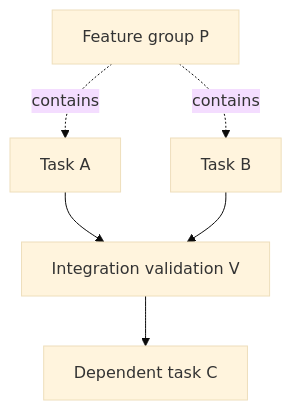
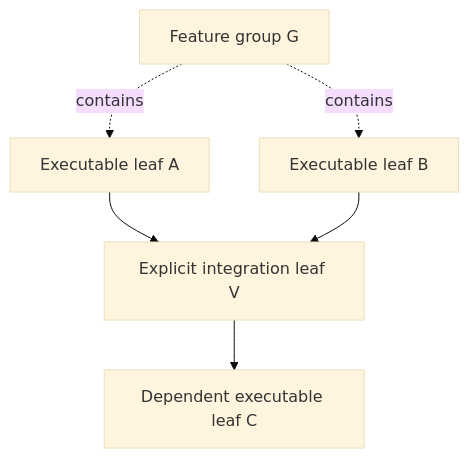
One commit to ygtdmr/rolvya changed the diagram in docs/architecture/parent-task-aggregation.md. Above: the diagram before and after it, drawn with Mermaid (base theme). The commit also changed other lines of this file, not shown here.

Commit message:
docs(architecture): implement approved group roll-up and bounded worker policy in specifications

````diff
--- a/docs/architecture/parent-task-aggregation.md
+++ b/docs/architecture/parent-task-aggregation.md
@@ -19,8 +19,8 @@
 ```mermaid
 flowchart TD
-  P[Feature group P] -. contains .-> A[Task A]
-  P -. contains .-> B[Task B]
-  A --> V[Integration validation V]
+  G[Feature group G] -. contains .-> A[Executable leaf A]
+  G -. contains .-> B[Executable leaf B]
+  A --> V[Explicit integration leaf V]
   B --> V
-  V --> C[Dependent task C]
+  V --> C[Dependent executable leaf C]
 ```
````
